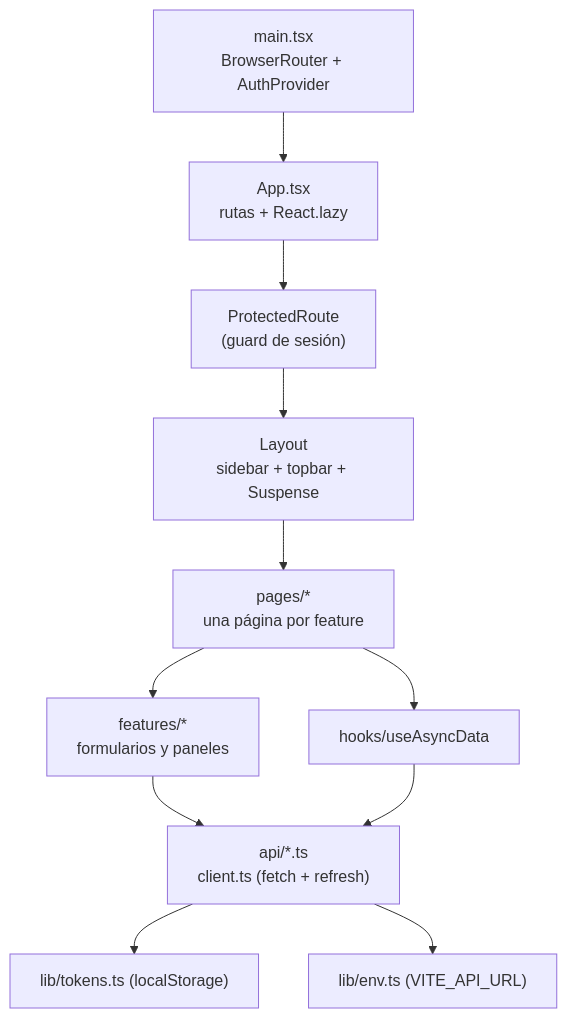
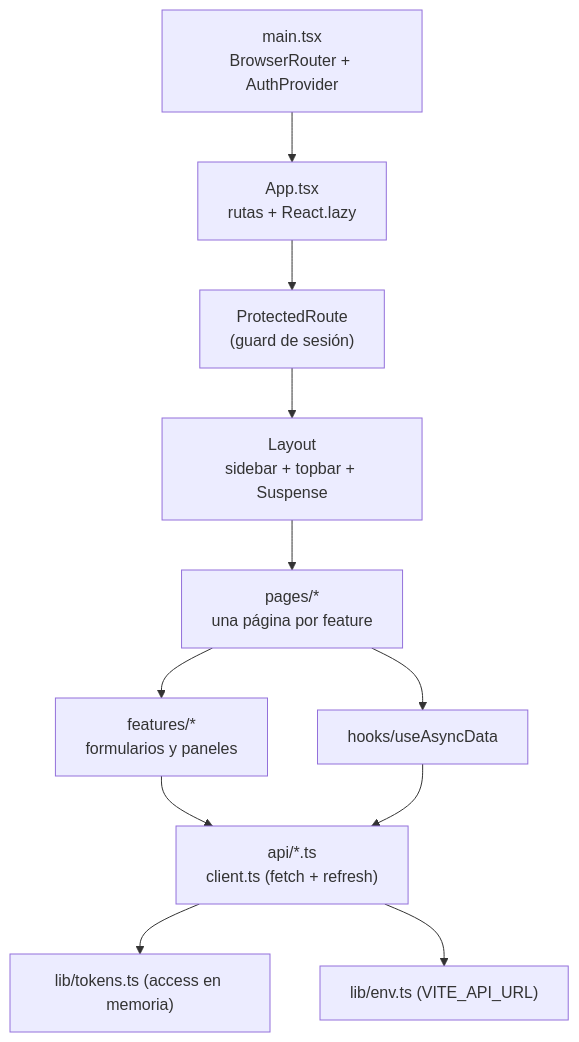
The third of 5 diagrams in DOCUMENTACION.md (RobinsonAG1/Aplicacion-finanzas), drawn with Mermaid before and after one commit. The commit also changed other lines of this file, not shown here.

````diff
--- a/DOCUMENTACION.md
+++ b/DOCUMENTACION.md
@@ -156,13 +156,13 @@
 ```mermaid
 flowchart TD
   M["main.tsx<br/>BrowserRouter + AuthProvider"] --> AP["App.tsx<br/>rutas + React.lazy"]
   AP --> PR["ProtectedRoute<br/>(guard de sesión)"]
   PR --> L["Layout<br/>sidebar + topbar + Suspense"]
   L --> PG["pages/*<br/>una página por feature"]
   PG --> F["features/*<br/>formularios y paneles"]
   PG --> H["hooks/useAsyncData"]
   F --> API["api/*.ts<br/>client.ts (fetch + refresh)"]
   H --> API
-  API --> LS["lib/tokens.ts (localStorage)"]
+  API --> LS["lib/tokens.ts (access en memoria)"]
   API --> ENV["lib/env.ts (VITE_API_URL)"]
 ```
````
